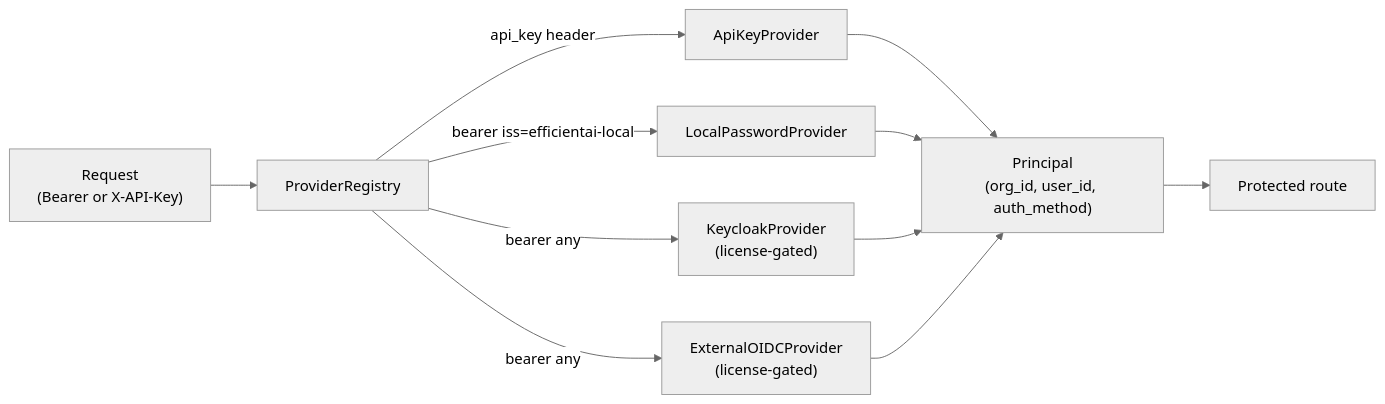
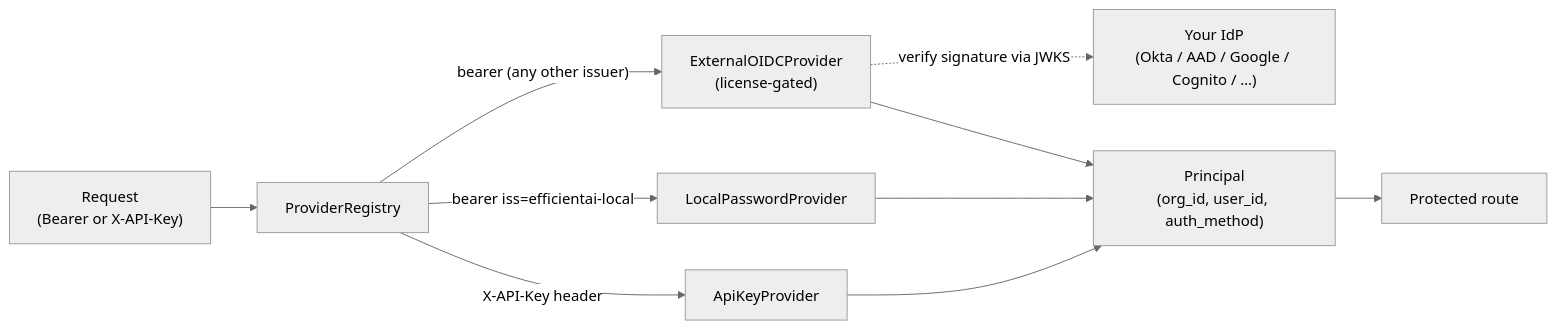
The diagram in README.md (EfficientAI-tech/efficientAI), drawn with Mermaid (neutral theme) before and after one commit. The commit also changed other lines of this file and 32 other files, not shown here.

````diff
--- a/README.md
+++ b/README.md
@@ -513,22 +596,21 @@
 ```mermaid
 flowchart LR
     Client["Request<br/>(Bearer or X-API-Key)"]
     Registry[ProviderRegistry]
     ApiKey[ApiKeyProvider]
     Local[LocalPasswordProvider]
-    Keycloak["KeycloakProvider<br/>(license-gated)"]
     OIDC["ExternalOIDCProvider<br/>(license-gated)"]
+    IdP["Your IdP<br/>(Okta / AAD / Google / Cognito / …)"]
     Principal["Principal<br/>(org_id, user_id, auth_method)"]
     Route[Protected route]
 
     Client --> Registry
-    Registry -->|api_key header| ApiKey
+    Registry -->|X-API-Key header| ApiKey
     Registry -->|"bearer iss=efficientai-local"| Local
-    Registry -->|"bearer any"| Keycloak
-    Registry -->|"bearer any"| OIDC
+    Registry -->|"bearer (any other issuer)"| OIDC
+    OIDC -.verify signature via JWKS.-> IdP
     ApiKey --> Principal
     Local --> Principal
-    Keycloak --> Principal
     OIDC --> Principal
     Principal --> Route
 ```
````
